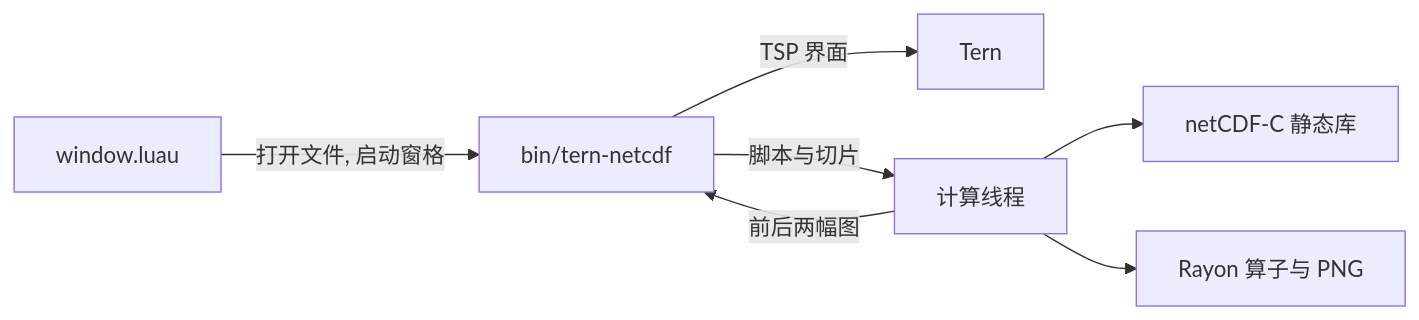
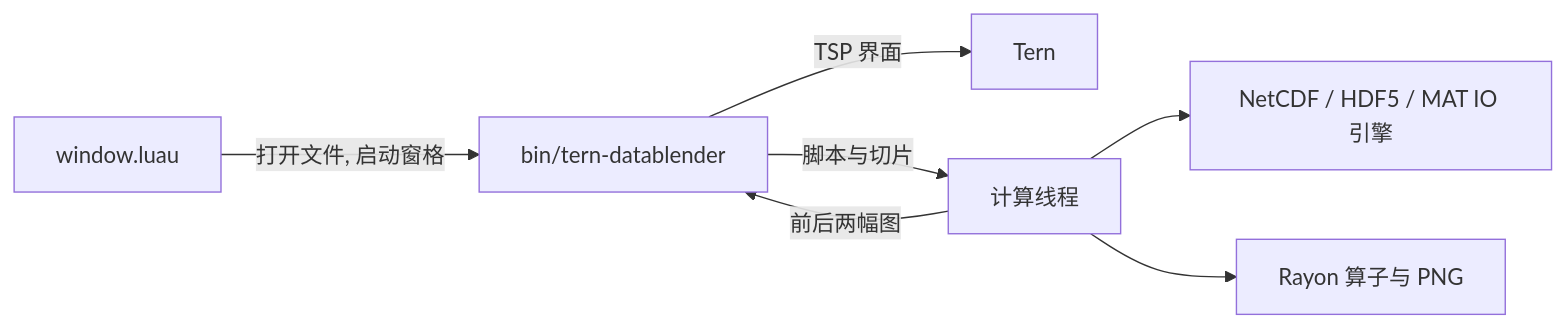
Before and after one commit to dbydd/tern-datablender: the diagram in README.md, drawn with Mermaid. The commit also changed other lines of this file and 17 other files, not shown here.

````diff
--- a/README.md
+++ b/README.md
@@ -9,9 +9,9 @@
 ```mermaid
 flowchart LR
-    L["window.luau"] -->|"打开文件, 启动窗格"| B["bin/tern-netcdf"]
+    L["window.luau"] -->|"打开文件, 启动窗格"| B["bin/tern-datablender"]
     B -->|"TSP 界面"| T["Tern"]
     B -->|"脚本与切片"| W["计算线程"]
-    W --> N["netCDF-C 静态库"]
+    W --> N["NetCDF / HDF5 / MAT IO 引擎"]
     W --> R["Rayon 算子与 PNG"]
     W -->|"前后两幅图"| B
 ```
````
